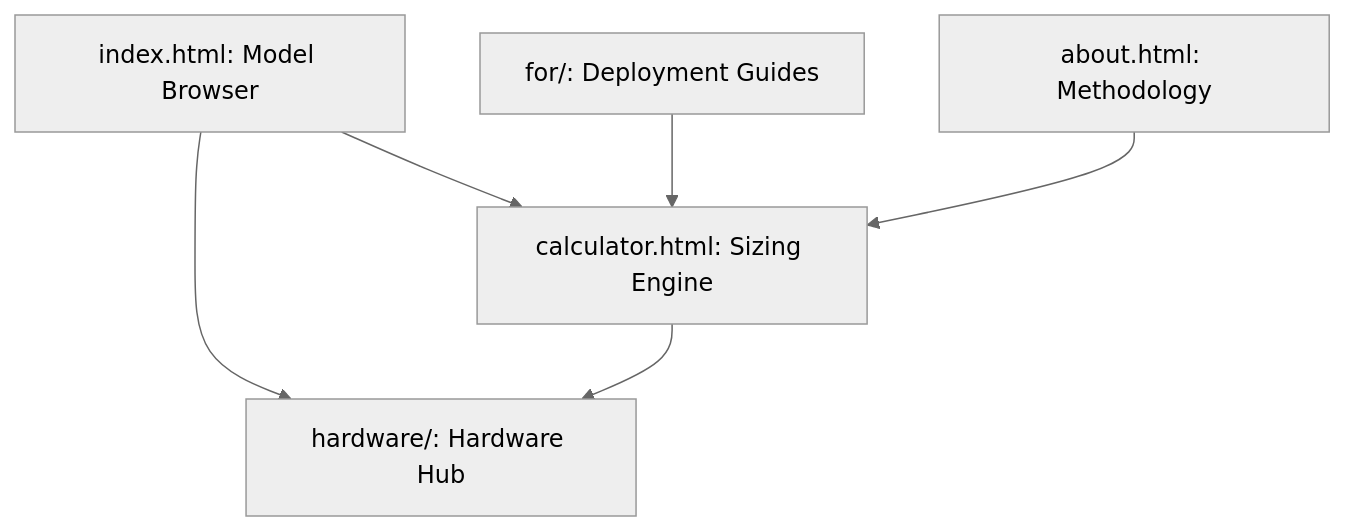
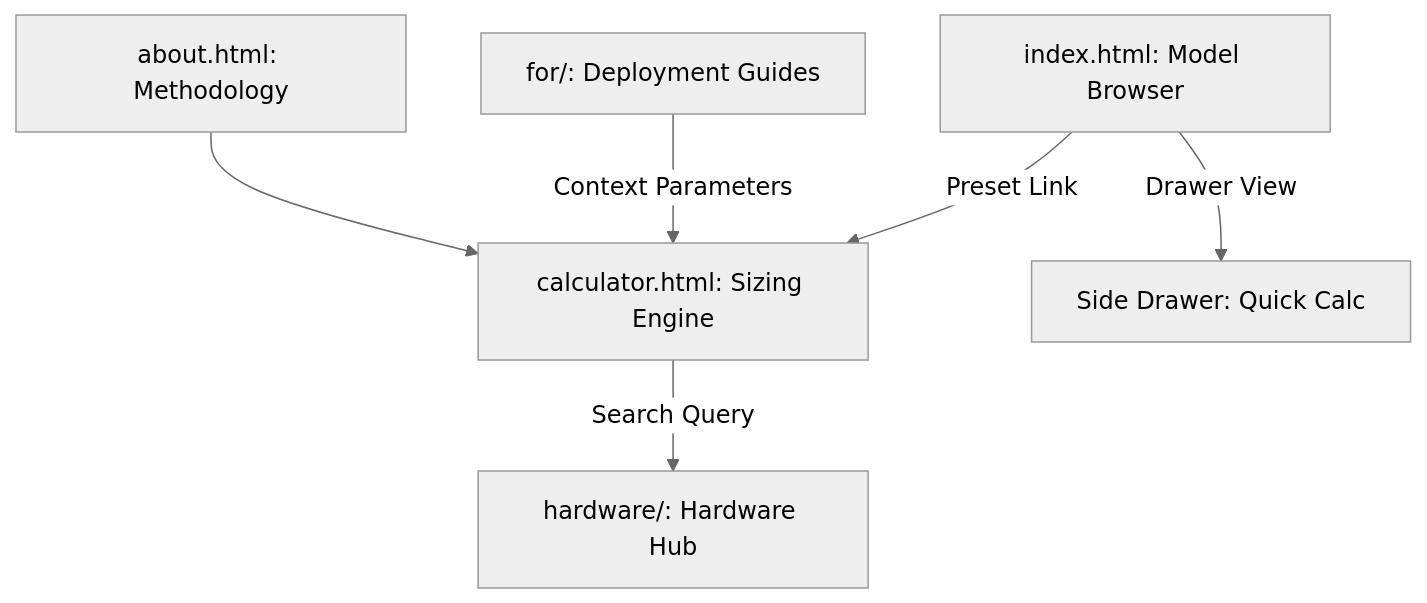
One commit to xullnn/llm_computing_resource_est changed the diagram in project_memory_bank/core/system_overview.md. Above: the diagram before and after it, drawn with Mermaid (neutral theme). The commit also changed other lines of this file and 5 other files, not shown here.

````diff
--- a/project_memory_bank/core/system_overview.md
+++ b/project_memory_bank/core/system_overview.md
@@ -13,8 +13,8 @@
 ```mermaid
 graph TD
-    A[index.html: Model Browser] --> B[calculator.html: Sizing Engine]
-    A --> C[hardware/: Hardware Hub]
-    B --> C
-    D[for/: Deployment Guides] --> B
+    A[index.html: Model Browser] -->|Preset Link| B[calculator.html: Sizing Engine]
+    A -->|Drawer View| F[Side Drawer: Quick Calc]
+    B -->|Search Query| C[hardware/: Hardware Hub]
+    D[for/: Deployment Guides] -->|Context Parameters| B
     E[about.html: Methodology] --> B
 ```
````
